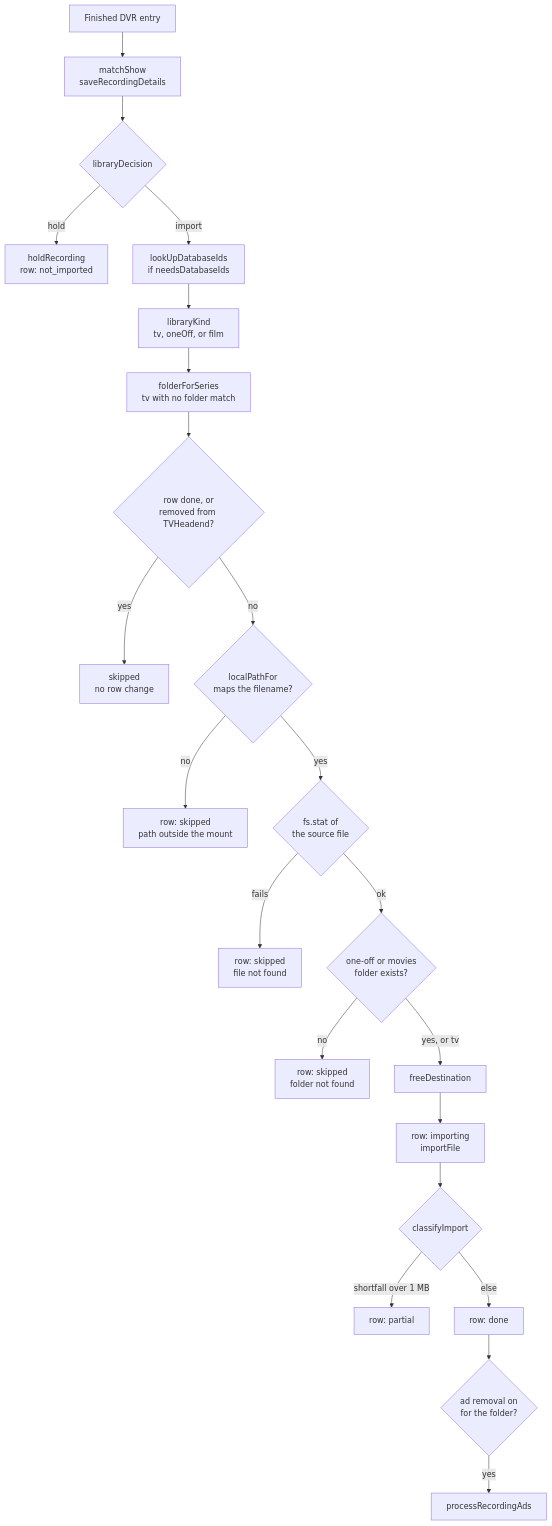
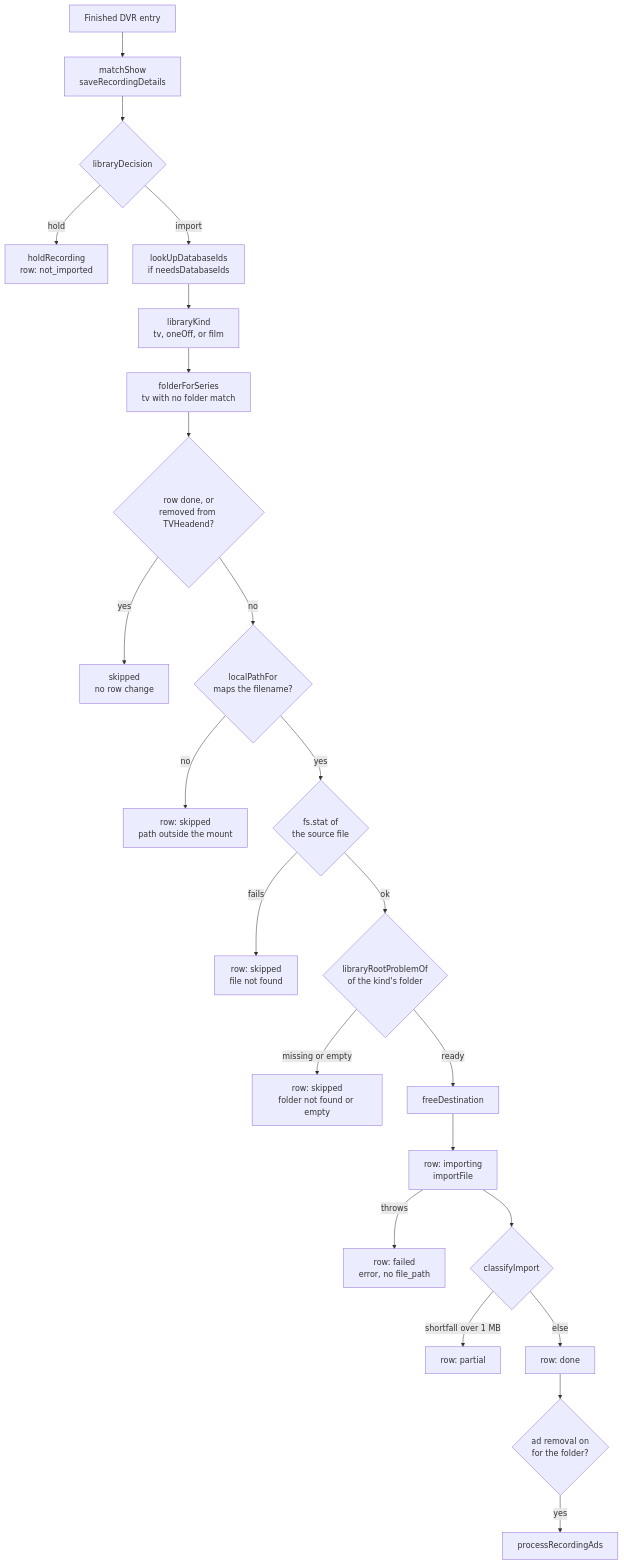
One commit to furey/freetvarr changed the sixth of 9 diagrams in docs/DEEP_DIVE.md. Above: the diagram before and after it, drawn with Mermaid. The commit also changed other lines of this file and 4 other files, not shown here.

Commit message:
Documented the library folder check, failed and partial imports, nested folder refusal, picture retries, and the Plex page limit.

````diff
--- a/docs/DEEP_DIVE.md
+++ b/docs/DEEP_DIVE.md
@@ -642,24 +642,25 @@
 ```mermaid
 flowchart TD
   entry["Finished DVR entry"] --> match["matchShow<br>saveRecordingDetails"]
   match --> decide{"libraryDecision"}
   decide -->|hold| held["holdRecording<br>row: not_imported"]
   decide -->|import| ids["lookUpDatabaseIds<br>if needsDatabaseIds"]
   ids --> kind["libraryKind<br>tv, oneOff, or film"]
   kind --> folder["folderForSeries<br>tv with no folder match"]
   folder --> donecheck{"row done, or<br>removed from TVHeadend?"}
   donecheck -->|yes| skip["skipped<br>no row change"]
   donecheck -->|no| pathcheck{"localPathFor<br>maps the filename?"}
   pathcheck -->|no| skippath["row: skipped<br>path outside the mount"]
   pathcheck -->|yes| statcheck{"fs.stat of<br>the source file"}
   statcheck -->|fails| skipfile["row: skipped<br>file not found"]
-  statcheck -->|ok| rootcheck{"one-off or movies<br>folder exists?"}
-  rootcheck -->|no| skiproot["row: skipped<br>folder not found"]
-  rootcheck -->|"yes, or tv"| dest["freeDestination"]
+  statcheck -->|ok| rootcheck{"libraryRootProblemOf<br>of the kind's folder"}
+  rootcheck -->|"missing or empty"| skiproot["row: skipped<br>folder not found or empty"]
+  rootcheck -->|ready| dest["freeDestination"]
   dest --> imp["row: importing<br>importFile"]
+  imp -->|throws| failed["row: failed<br>error, no file_path"]
   imp --> classify{"classifyImport"}
   classify -->|"shortfall over 1 MB"| partial["row: partial"]
   classify -->|"else"| done["row: done"]
   done --> ads{"ad removal on<br>for the folder?"}
   ads -->|yes| adrun["processRecordingAds"]
 ```
````
